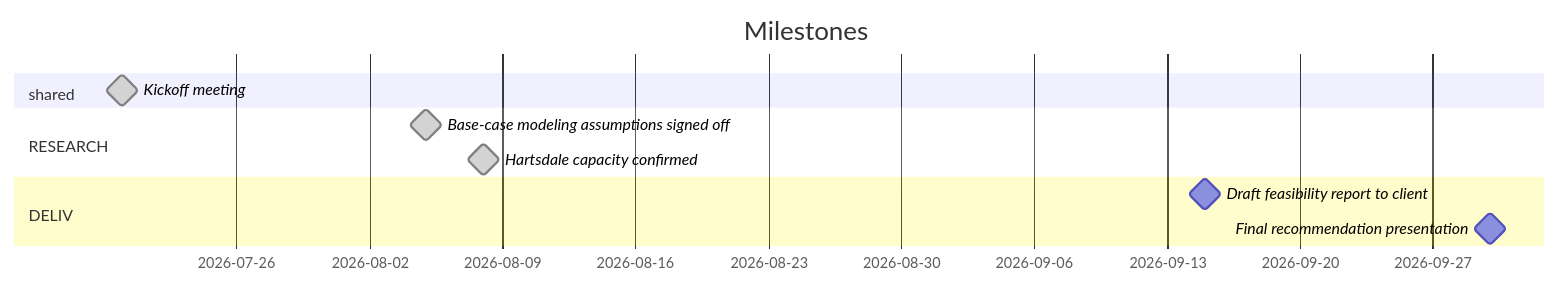
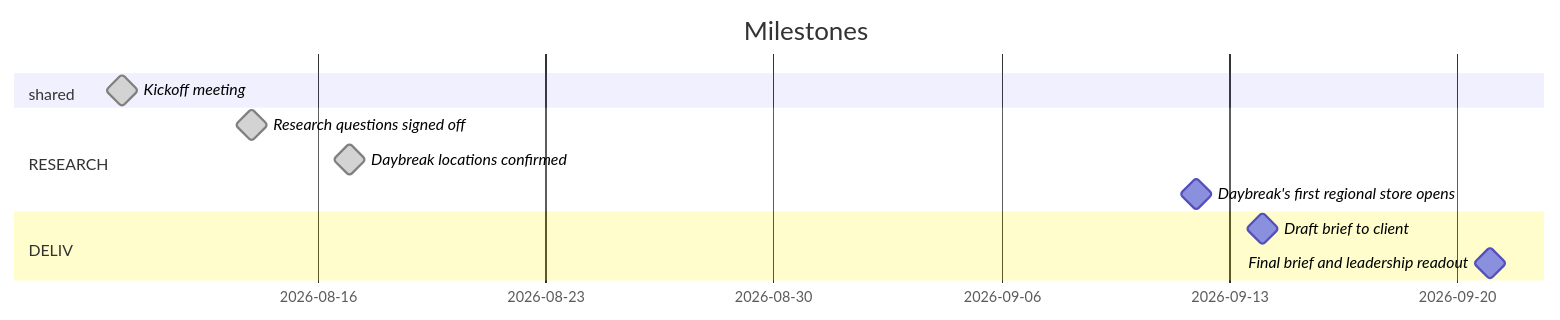
One commit to familiar-md/familiar changed the diagram in examples/familiar-demo/4-Trackers/_views/gantt.md. Above: the diagram before and after it, drawn with Mermaid. The commit also changed 111 other files, not shown here.

````diff
--- a/examples/familiar-demo/4-Trackers/_views/gantt.md
+++ b/examples/familiar-demo/4-Trackers/_views/gantt.md
@@ -6,14 +6,15 @@
 ```mermaid
 gantt
     dateFormat YYYY-MM-DD
     title Milestones
     todayMarker on
     section shared
-    Kickoff meeting :milestone, done, M_01, 2026-07-20, 0d
+    Kickoff meeting :milestone, done, M_01, 2026-08-10, 0d
     section RESEARCH
-    Base-case modeling assumptions signed off :milestone, done, M_02, 2026-08-05, 0d
-    Hartsdale capacity confirmed :milestone, done, M_03, 2026-08-08, 0d
+    Research questions signed off :milestone, done, M_02, 2026-08-14, 0d
+    Daybreak locations confirmed :milestone, done, M_03, 2026-08-17, 0d
+    Daybreak's first regional store opens :milestone, M_04, 2026-09-12, 0d
     section DELIV
-    Draft feasibility report to client :milestone, M_04, 2026-09-15, 0d
-    Final recommendation presentation :milestone, M_05, 2026-09-30, 0d
+    Draft brief to client :milestone, M_05, 2026-09-14, 0d
+    Final brief and leadership readout :milestone, M_06, 2026-09-21, 0d
 ```
````
